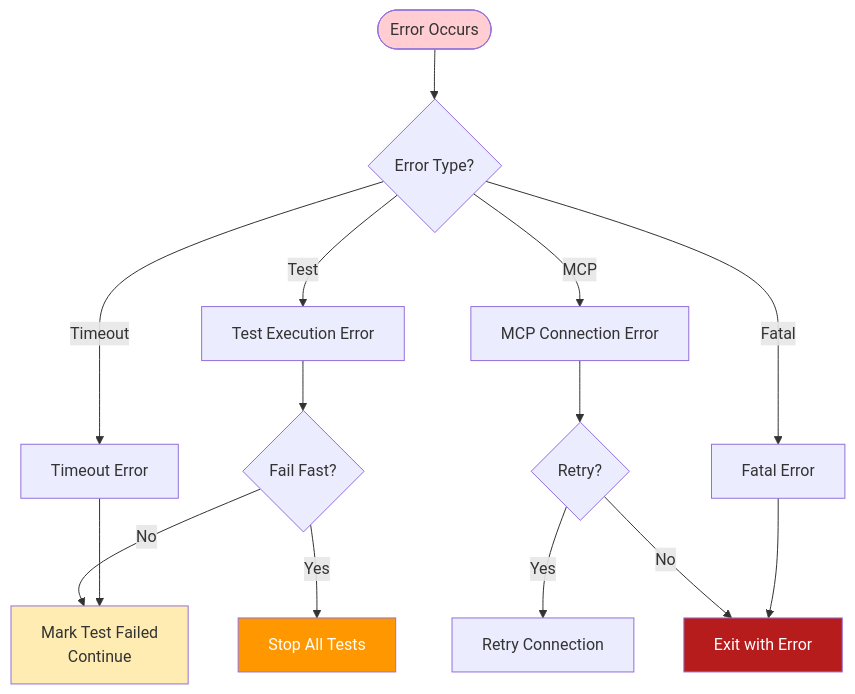
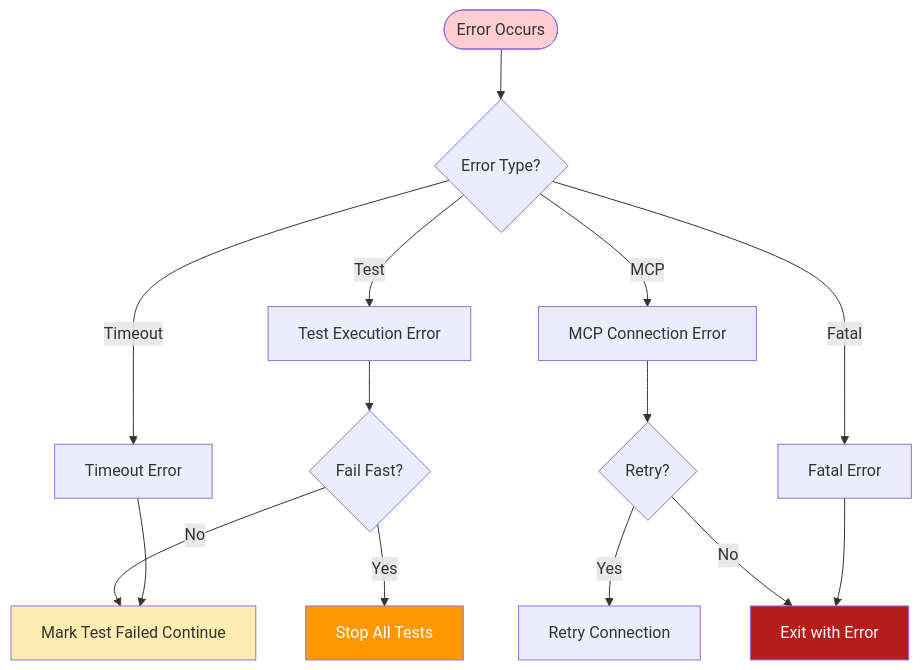
Diagram 13 of 15 in wiki/Test-Runner.md (softwarewrighter/ui-test-rs), drawn with Mermaid before and after one commit. The commit also changed other lines of this file and 10 other files, not shown here.

First line of the commit message:
Fix wiki Mermaid diagrams: remove <br/> tags

````diff
--- a/wiki/Test-Runner.md
+++ b/wiki/Test-Runner.md
@@ -478,40 +478,40 @@
 ```mermaid
 flowchart TB
     Error([Error Occurs])
     Classify{Error Type?}
 
     TestError[Test Execution Error]
     MCPError[MCP Connection Error]
     TimeoutError[Timeout Error]
     FatalError[Fatal Error]
 
     RecoverTest{Fail Fast?}
     RecoverMCP{Retry?}
 
-    MarkFailed[Mark Test Failed<br/>Continue]
+    MarkFailed[Mark Test Failed Continue]
     StopAll[Stop All Tests]
     RetryMCP[Retry Connection]
     Exit[Exit with Error]
 
     Error --> Classify
     Classify -->|Test| TestError
     Classify -->|MCP| MCPError
     Classify -->|Timeout| TimeoutError
     Classify -->|Fatal| FatalError
 
     TestError --> RecoverTest
     RecoverTest -->|No| MarkFailed
     RecoverTest -->|Yes| StopAll
 
     MCPError --> RecoverMCP
     RecoverMCP -->|Yes| RetryMCP
     RecoverMCP -->|No| Exit
 
     TimeoutError --> MarkFailed
     FatalError --> Exit
 
     style Error fill:#ffcdd2
     style Exit fill:#b71c1c,color:#fff
     style MarkFailed fill:#ffecb3
     style StopAll fill:#ff9800,color:#fff
 ```
````
